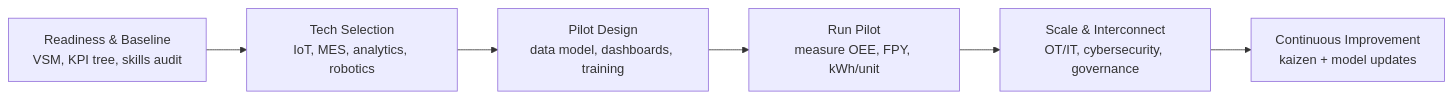
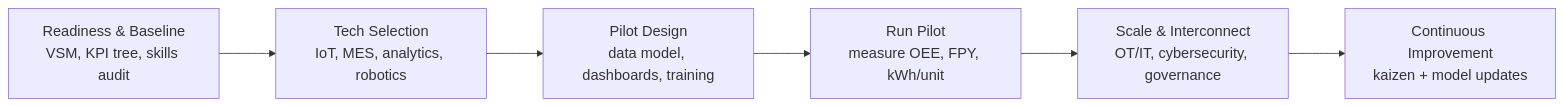
One commit to akashpremraj/Integration-of-Lean-Manufacturing-and-industry-4.0- changed the first of 2 diagrams in README.md. Above: the diagram before and after it, drawn with Mermaid. The commit also changed other lines of this file, not shown here.

Commit message:
** `docs(readme): enlarge KPI tree mermaid and switch to LR layout`

````diff
--- a/README.md
+++ b/README.md
@@ -48,8 +48,9 @@
 ```mermaid
+%%{init: {"flowchart": {"nodeSpacing": 60, "rankSpacing": 70}, "themeVariables": {"fontSize": "18px"}}}%%
 flowchart LR
   A["Readiness & Baseline<br/>VSM, KPI tree, skills audit"] --> B["Tech Selection<br/>IoT, MES, analytics, robotics"]
   B --> C["Pilot Design<br/>data model, dashboards, training"]
   C --> D["Run Pilot<br/>measure OEE, FPY, kWh/unit"]
   D --> E["Scale & Interconnect<br/>OT/IT, cybersecurity, governance"]
   E --> F["Continuous Improvement<br/>kaizen + model updates"]
 ```
````
